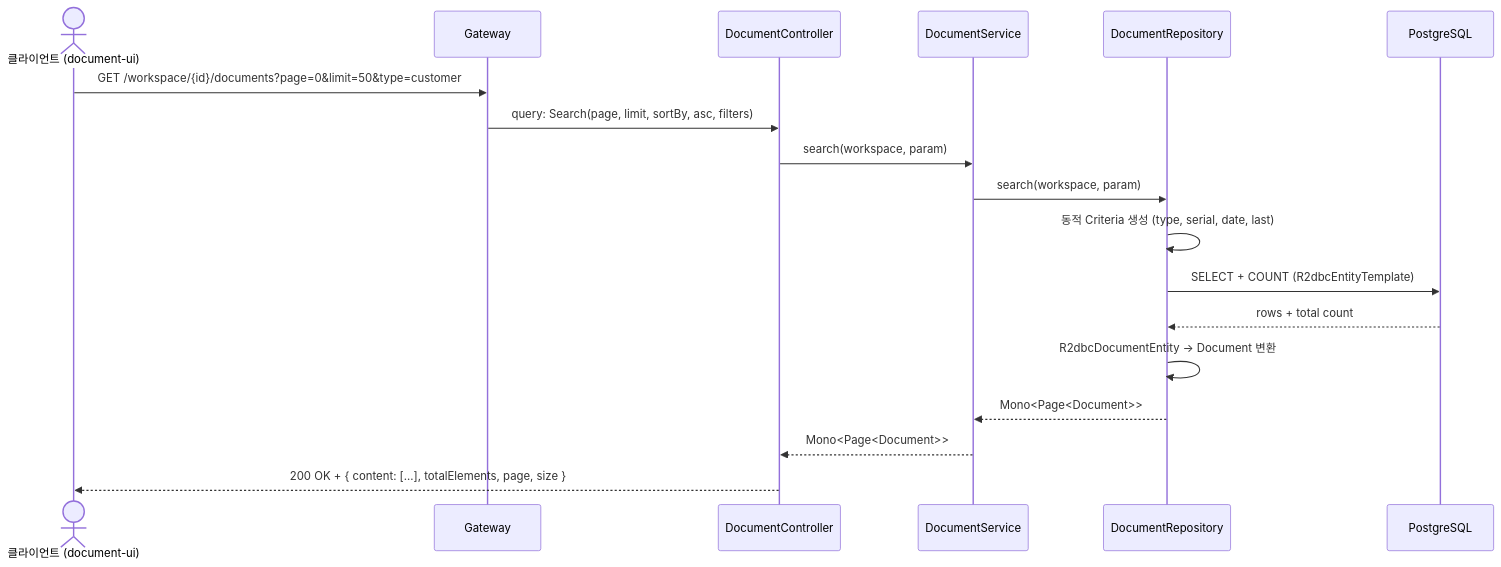
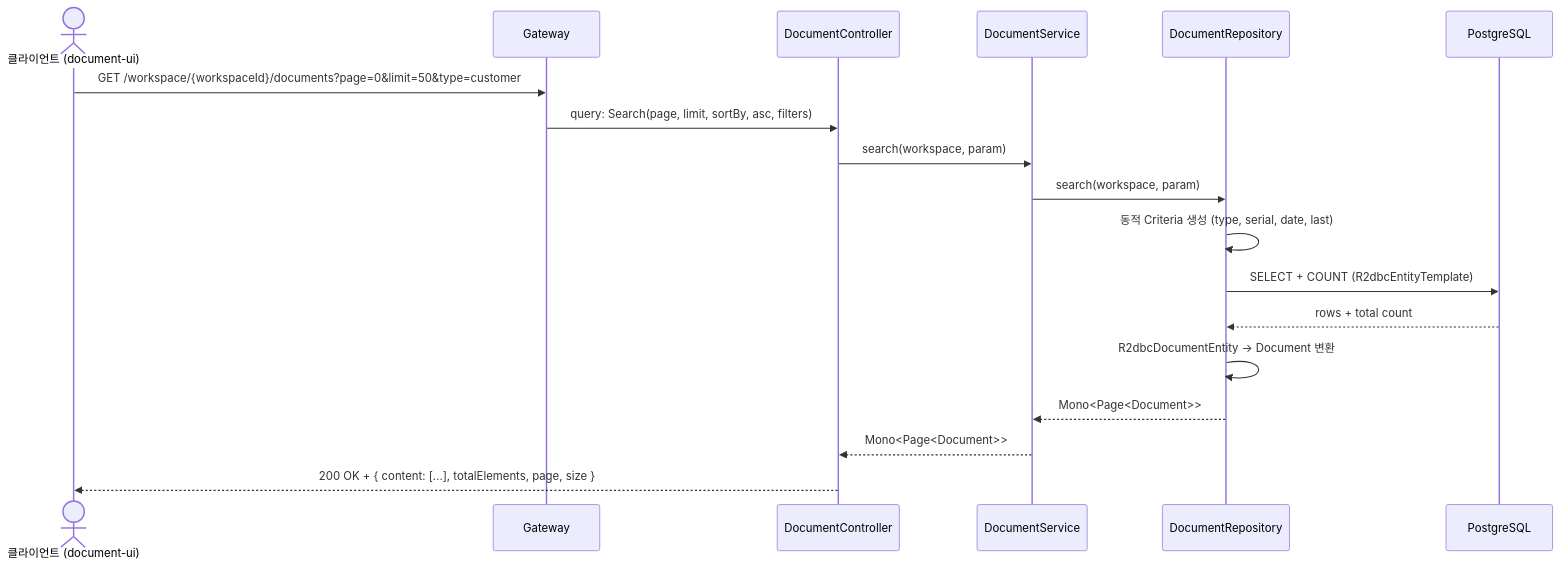
Before and after one commit to sayaya1090/handbook: the first of 4 diagrams in search-document/USECASE.md, drawn with Mermaid. The commit also changed other lines of this file and 39 other files, not shown here.

````diff
--- a/search-document/USECASE.md
+++ b/search-document/USECASE.md
@@ -5,21 +5,21 @@
 ```mermaid
 sequenceDiagram
     actor Client as 클라이언트 (document-ui)
     participant GW as Gateway
     participant Ctrl as DocumentController
     participant Svc as DocumentService
     participant Repo as DocumentRepository
     participant DB as PostgreSQL
 
-    Client->>GW: GET /workspace/{id}/documents?page=0&limit=50&type=customer
+    Client->>GW: GET /workspace/{workspaceId}/documents?page=0&limit=50&type=customer
     GW->>Ctrl: query: Search(page, limit, sortBy, asc, filters)
     Ctrl->>Svc: search(workspace, param)
     Svc->>Repo: search(workspace, param)
     Repo->>Repo: 동적 Criteria 생성 (type, serial, date, last)
     Repo->>DB: SELECT + COUNT (R2dbcEntityTemplate)
     DB-->>Repo: rows + total count
     Repo->>Repo: R2dbcDocumentEntity → Document 변환
     Repo-->>Svc: Mono<Page<Document>>
     Svc-->>Ctrl: Mono<Page<Document>>
     Ctrl-->>Client: 200 OK + { content: [...], totalElements, page, size }
 ```
````
